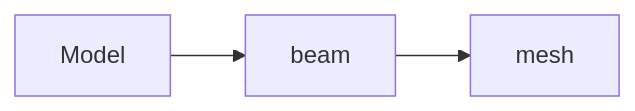
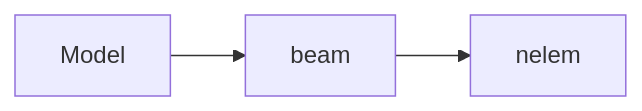
One commit to airinnova/framat changed diagram 17 of 21 in docs/source/api/model_api.rst. Above: the diagram before and after it, drawn with Mermaid. The commit also changed other lines of this file and 14 other files, not shown here.

```diff
--- a/docs/source/api/model_api.rst
+++ b/docs/source/api/model_api.rst
@@ -696,6 +696,6 @@
 .. mermaid::
 
     graph LR
     A[Model]
     A --> F1[beam] 
-    F1 --> P1[mesh] 
+    F1 --> P1[nelem] 
```
